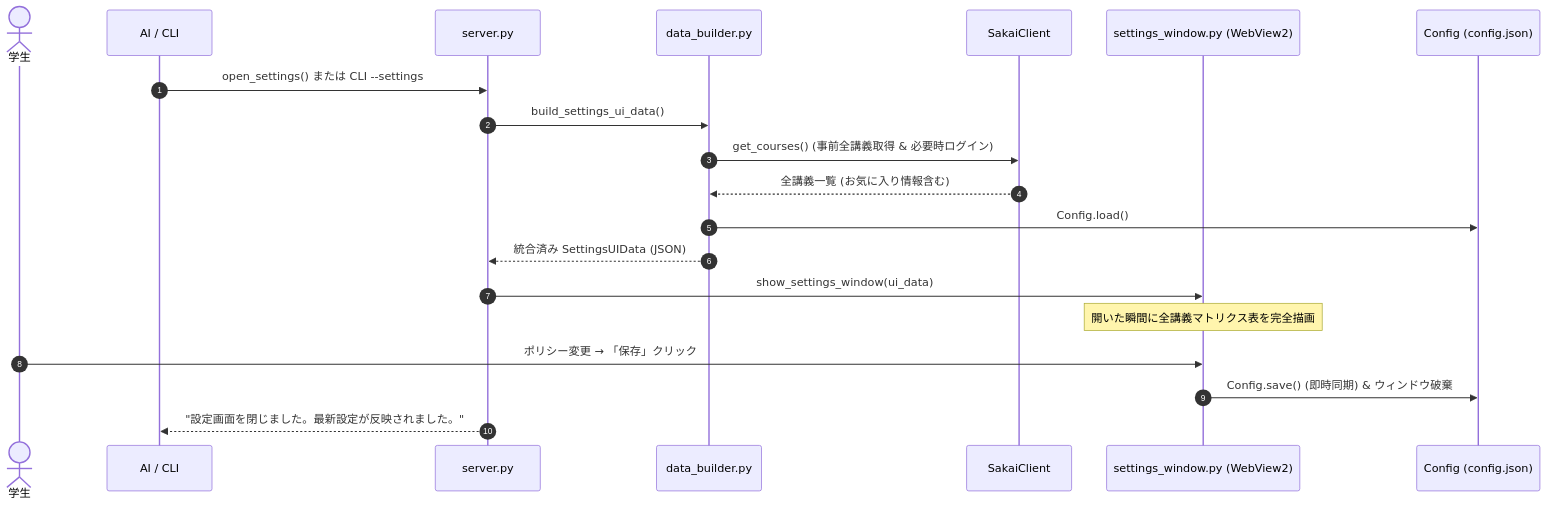
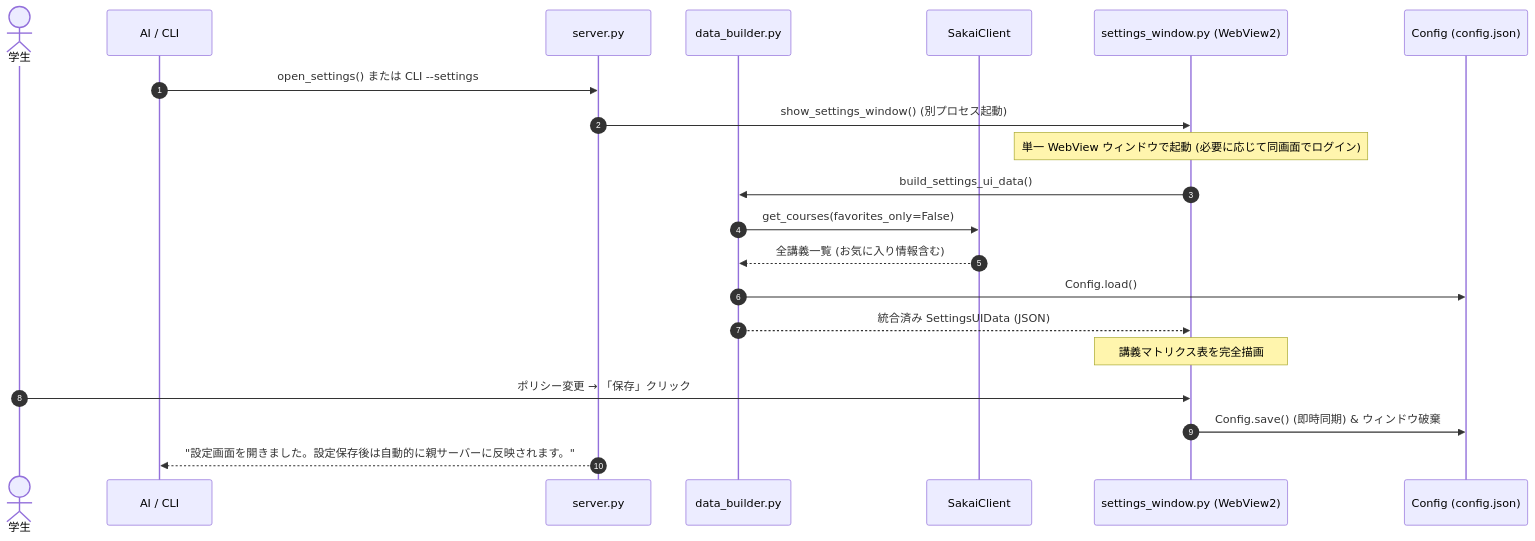
Before and after one commit to project-sakai-mcp/sakai-tasks-mcp: the fourth of 11 diagrams in docs/architecture.md, drawn with Mermaid. The commit also changed other lines of this file, not shown here.

Commit message:
update architecture

````diff
--- a/docs/architecture.md
+++ b/docs/architecture.md
@@ -183,24 +183,24 @@
 ```mermaid
 sequenceDiagram
     autonumber
     actor User as 学生
     participant AI as AI / CLI
     participant Server as server.py
     participant Builder as data_builder.py
     participant Client as SakaiClient
     participant GUI as settings_window.py (WebView2)
     participant Disk as Config (config.json)
 
     AI->>Server: open_settings() または CLI --settings
-    Server->>Builder: build_settings_ui_data()
-    Builder->>Client: get_courses() (事前全講義取得 & 必要時ログイン)
+    Server->>GUI: show_settings_window() (別プロセス起動)
+    Note over GUI: 単一 WebView ウィンドウで起動 (必要に応じて同画面でログイン)
+    GUI->>Builder: build_settings_ui_data()
+    Builder->>Client: get_courses(favorites_only=False)
     Client-->>Builder: 全講義一覧 (お気に入り情報含む)
     Builder->>Disk: Config.load()
-    Builder-->>Server: 統合済み SettingsUIData (JSON)
-    
-    Server->>GUI: show_settings_window(ui_data)
-    Note over GUI: 開いた瞬間に全講義マトリクス表を完全描画
+    Builder-->>GUI: 統合済み SettingsUIData (JSON)
+    Note over GUI: 講義マトリクス表を完全描画
     User->>GUI: ポリシー変更 → 「保存」クリック
     GUI->>Disk: Config.save() (即時同期) & ウィンドウ破棄
-    Server-->>AI: "設定画面を閉じました。最新設定が反映されました。"
+    Server-->>AI: "設定画面を開きました。設定保存後は自動的に親サーバーに反映されます。"
 ```
````
